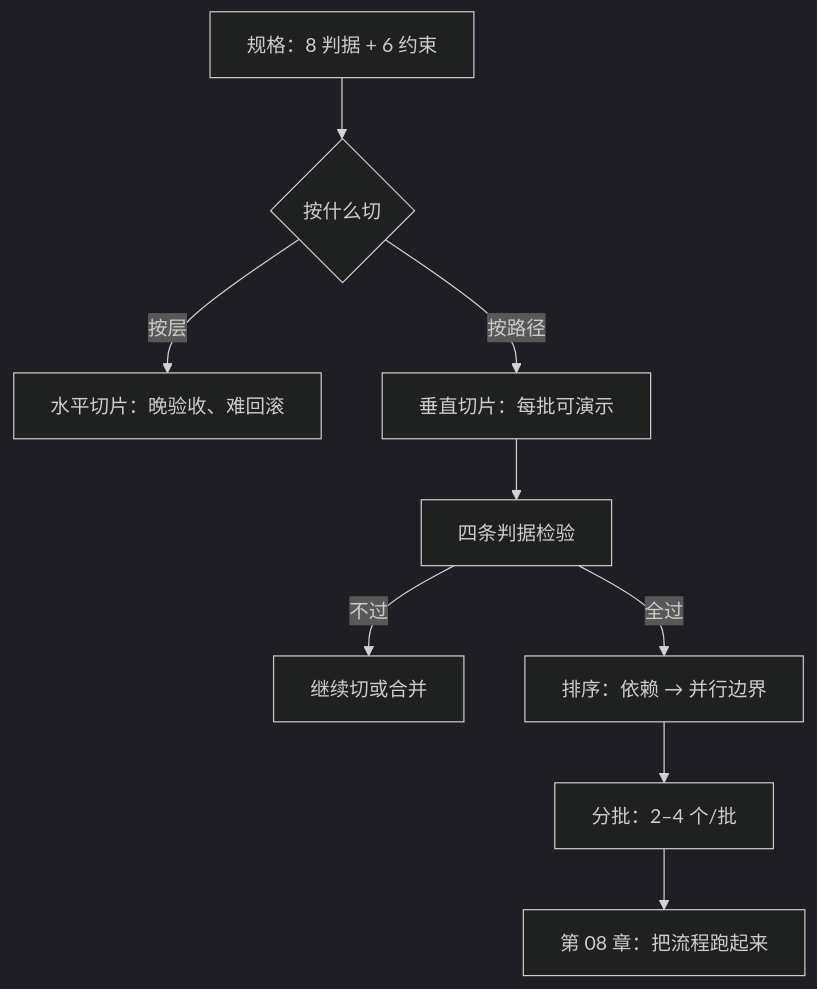
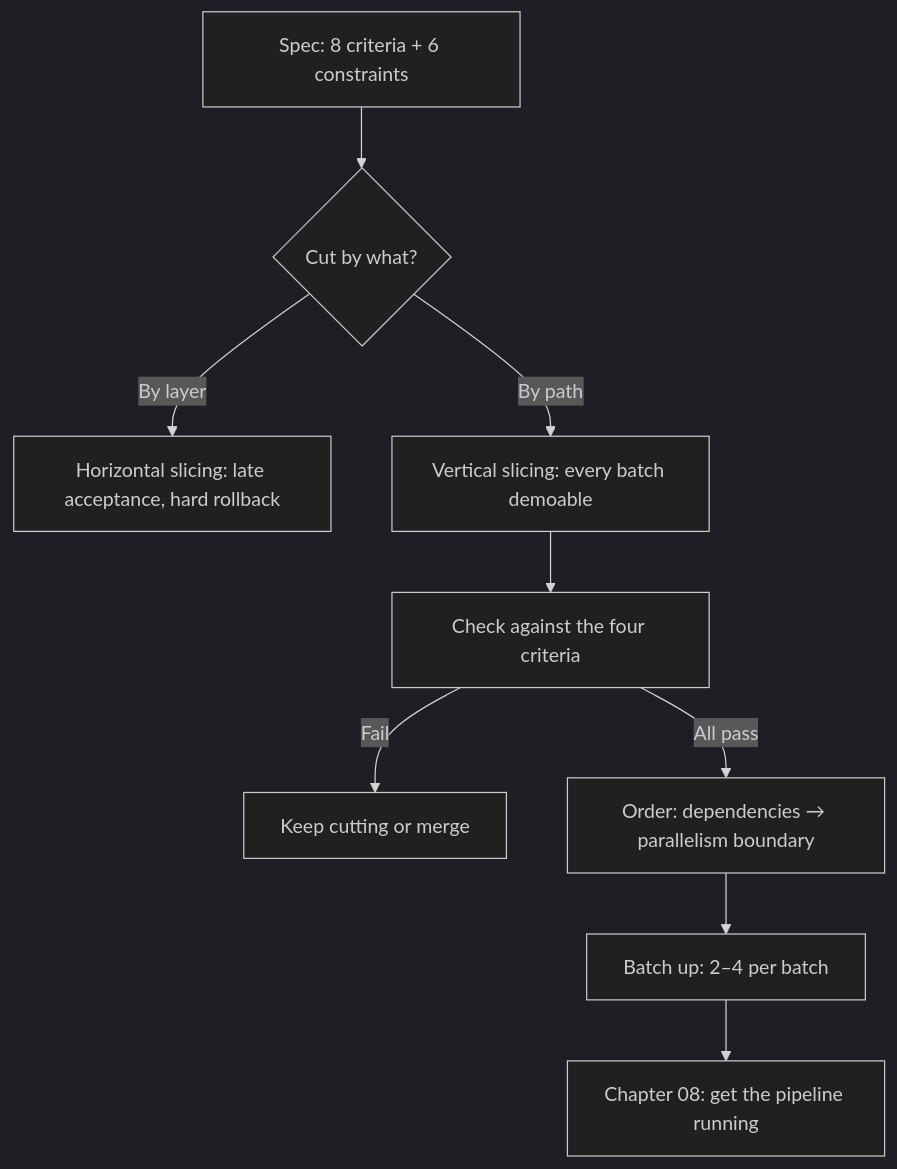
The third of 3 diagrams in phase2/chapters/ch07-task-slicing.md (xzlxiao/vibe-coding-textbook), drawn with Mermaid (dark theme) before and after one commit. The commit also changed other lines of this file and 15 other files, not shown here.

````diff
--- a/phase2/chapters/ch07-task-slicing.md
+++ b/phase2/chapters/ch07-task-slicing.md
@@ -178,11 +178,11 @@
 ```mermaid
 flowchart TD
-    A["规格：8 判据 + 6 约束"] --> B{"按什么切"}
-    B -->|"按层"| C["水平切片：晚验收、难回滚"]
-    B -->|"按路径"| D["垂直切片：每批可演示"]
-    D --> E["四条判据检验"]
-    E -->|"不过"| F["继续切或合并"]
-    E -->|"全过"| G["排序：依赖 → 并行边界"]
-    G --> H["分批：2–4 个/批"]
-    H --> I["第 08 章：把流程跑起来"]
+    A["Spec: 8 criteria + 6 constraints"] --> B{"Cut by what?"}
+    B -->|"By layer"| C["Horizontal slicing: late acceptance, hard rollback"]
+    B -->|"By path"| D["Vertical slicing: every batch demoable"]
+    D --> E["Check against the four criteria"]
+    E -->|"Fail"| F["Keep cutting or merge"]
+    E -->|"All pass"| G["Order: dependencies → parallelism boundary"]
+    G --> H["Batch up: 2–4 per batch"]
+    H --> I["Chapter 08: get the pipeline running"]
 ```
````
